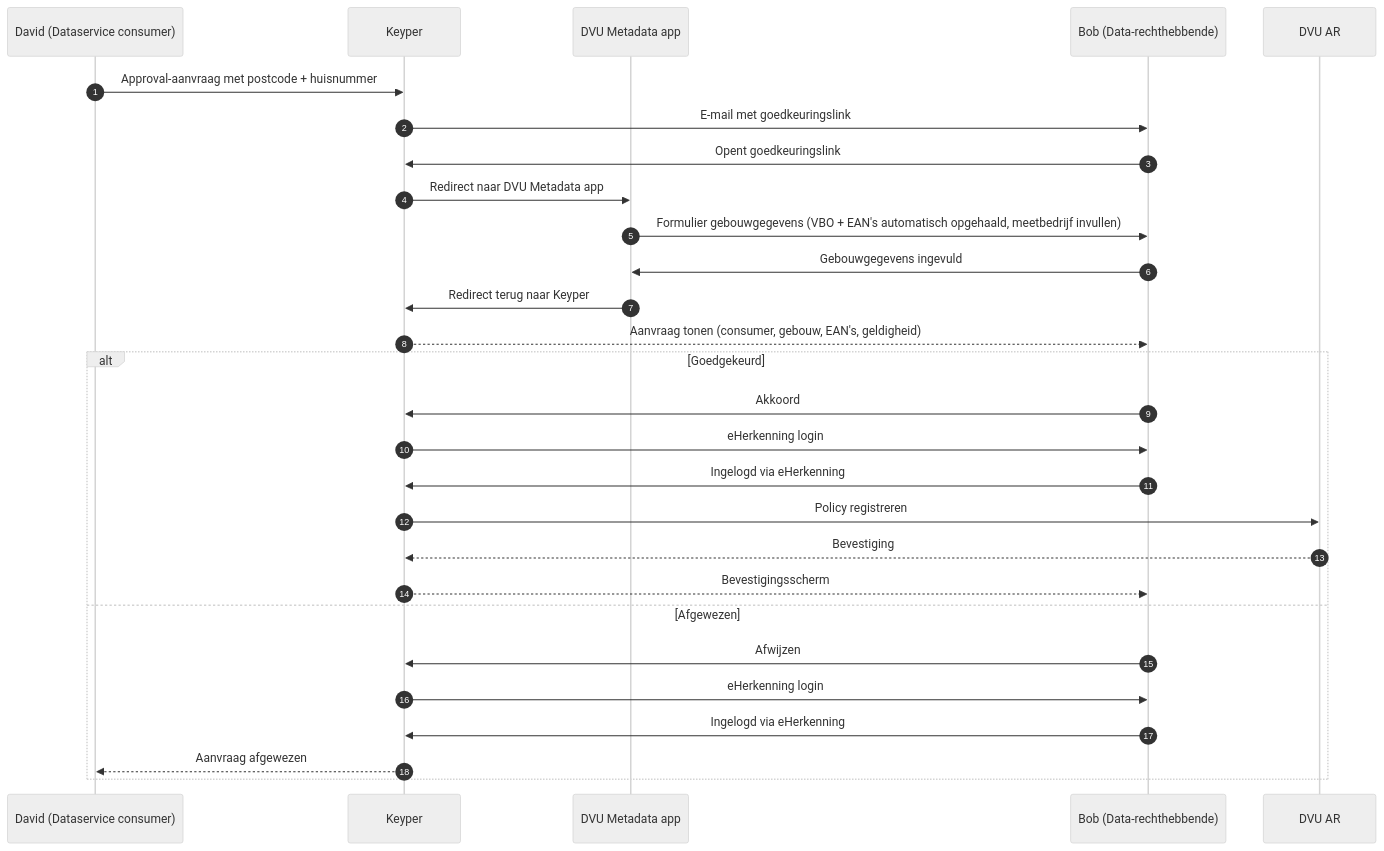
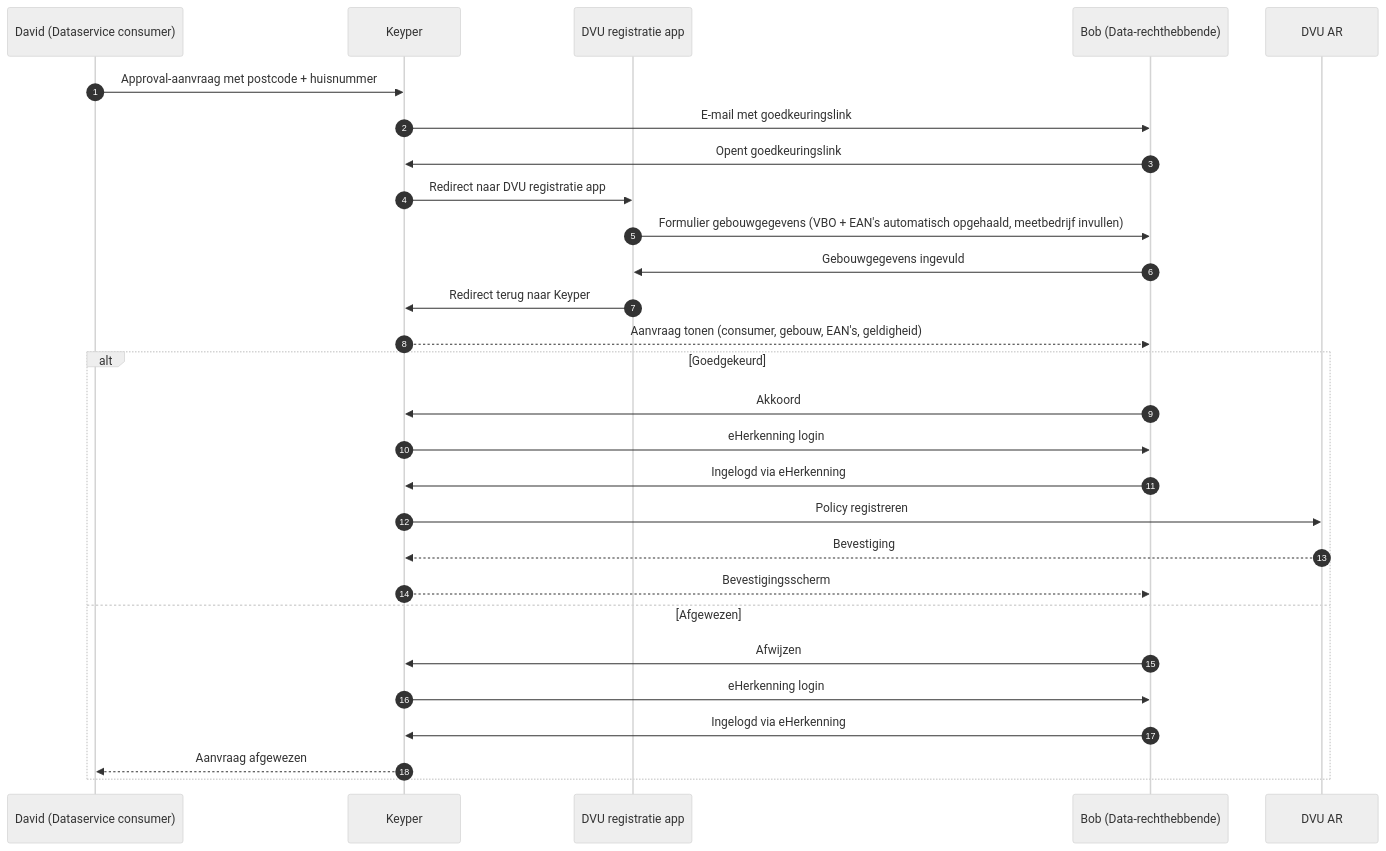
Before and after one commit to POORT8/Poort8.Docs: the diagram in dvu-draft/aansluiten-data-rechthebbende.md, drawn with Mermaid (neutral theme). The commit also changed other lines of this file and 3 other files, not shown here.

````diff
--- a/dvu-draft/aansluiten-data-rechthebbende.md
+++ b/dvu-draft/aansluiten-data-rechthebbende.md
@@ -34,31 +34,31 @@
 ```mermaid
 sequenceDiagram
     autonumber
     participant David as David (Dataservice consumer)
     participant Keyper as Keyper
-    participant Meta as DVU Metadata app
+    participant Meta as DVU registratie app
     participant Bob as Bob (Data-rechthebbende)
     participant DVU as DVU AR
 
     David->>Keyper: Approval-aanvraag met postcode + huisnummer
     Keyper->>Bob: E-mail met goedkeuringslink
     Bob->>Keyper: Opent goedkeuringslink
-    Keyper->>Meta: Redirect naar DVU Metadata app
+    Keyper->>Meta: Redirect naar DVU registratie app
     Meta->>Bob: Formulier gebouwgegevens (VBO + EAN's automatisch opgehaald, meetbedrijf invullen)
     Bob->>Meta: Gebouwgegevens ingevuld
     Meta->>Keyper: Redirect terug naar Keyper
     Keyper-->>Bob: Aanvraag tonen (consumer, gebouw, EAN's, geldigheid)
     alt Goedgekeurd
         Bob->>Keyper: Akkoord
         Keyper->>Bob: eHerkenning login
         Bob->>Keyper: Ingelogd via eHerkenning
         Keyper->>DVU: Policy registreren
         DVU-->>Keyper: Bevestiging
         Keyper-->>Bob: Bevestigingsscherm
     else Afgewezen
         Bob->>Keyper: Afwijzen
         Keyper->>Bob: eHerkenning login
         Bob->>Keyper: Ingelogd via eHerkenning
         Keyper-->>David: Aanvraag afgewezen
     end
 ```
````
